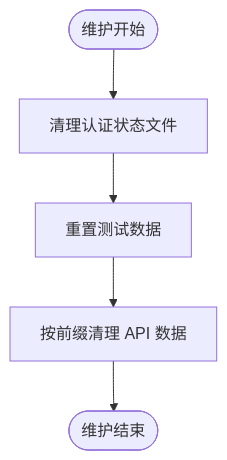
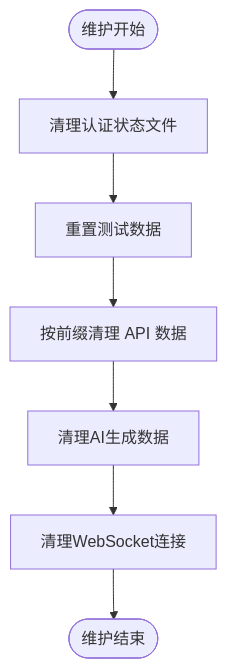
The fifth of 7 diagrams in .qoder/repowiki/zh/content/部署和运维/监控和维护.md (zzgoviziwind/--playwright), drawn with Mermaid before and after one commit. The commit also changed other lines of this file and 112 other files, not shown here.

````diff
--- a/.qoder/repowiki/zh/content/部署和运维/监控和维护.md
+++ b/.qoder/repowiki/zh/content/部署和运维/监控和维护.md
@@ -233,7 +396,9 @@
 ```mermaid
 flowchart TD
 MStart(["维护开始"]) --> CleanAuth["清理认证状态文件"]
 CleanAuth --> ResetDB["重置测试数据"]
 ResetDB --> CleanupAPI["按前缀清理 API 数据"]
-CleanupAPI --> MEnd(["维护结束"])
+CleanupAPI --> CleanAI["清理AI生成数据"]
+CleanAI --> CleanWS["清理WebSocket连接"]
+CleanWS --> MEnd(["维护结束"])
 ```
````
